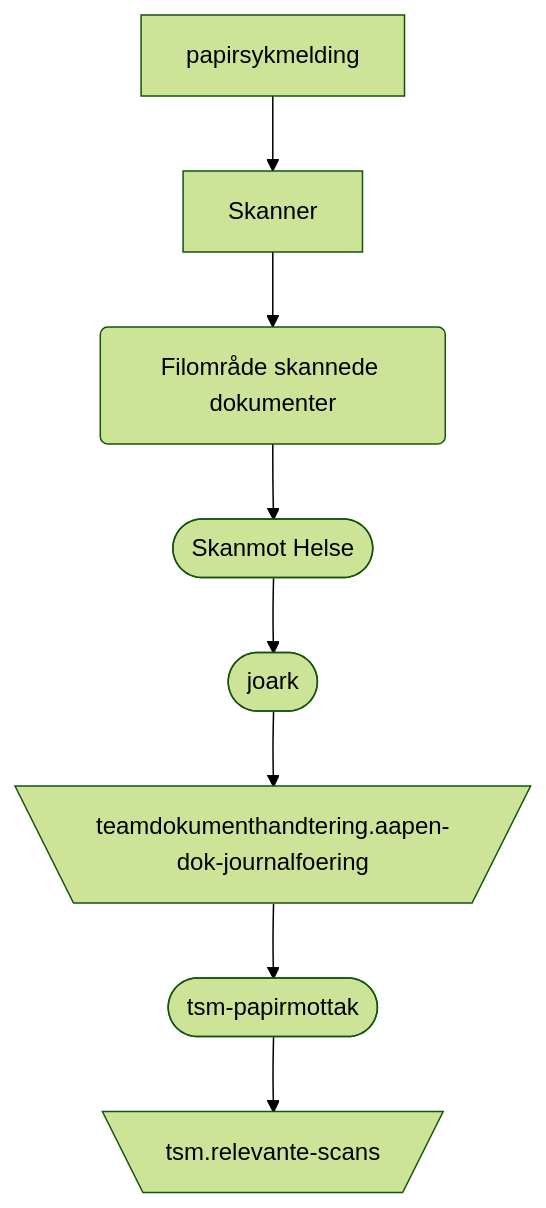
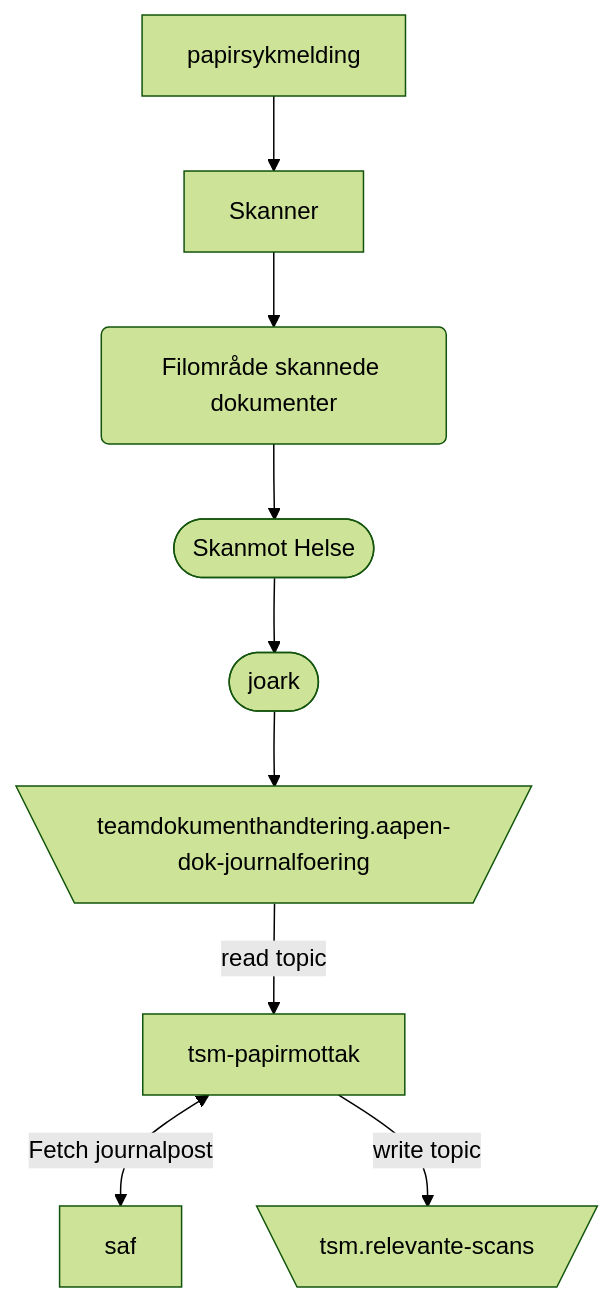
One commit to navikt/tsm-papirmottak changed the diagram in README.md. Above: the diagram before and after it, drawn with Mermaid (forest theme).

Commit message:
chore: update flow

````diff
--- a/README.md
+++ b/README.md
@@ -7,10 +7,11 @@
 ```mermaid
   graph TD
     papirsykmelding --> Skanner
     Skanner --> id1(Filområde skannede dokumenter)
     id1(Filområde skannede dokumenter) --> id2([Skanmot Helse])
     id2([Skanmot Helse]) --> id3([joark])
     id3([joark]) --> A[\teamdokumenthandtering.aapen-dok-journalfoering/]
-    A[\teamdokumenthandtering.aapen-dok-journalfoering/] --> id4([tsm-papirmottak])
-    id4([tsm-papirmottak]) --> C[\tsm.relevante-scans/]
+    A[\teamdokumenthandtering.aapen-dok-journalfoering/] --> |read topic| id4[tsm-papirmottak]
+    id4[tsm-papirmottak] <--> |Fetch journalpost| id5[saf]
+    id4[tsm-papirmottak] --> |write topic| C[\tsm.relevante-scans/]
 ```
````
